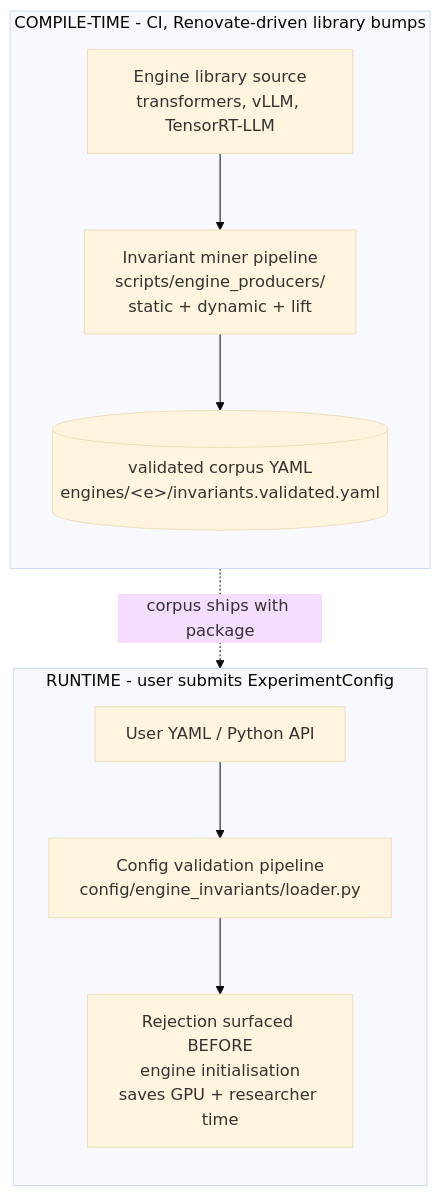
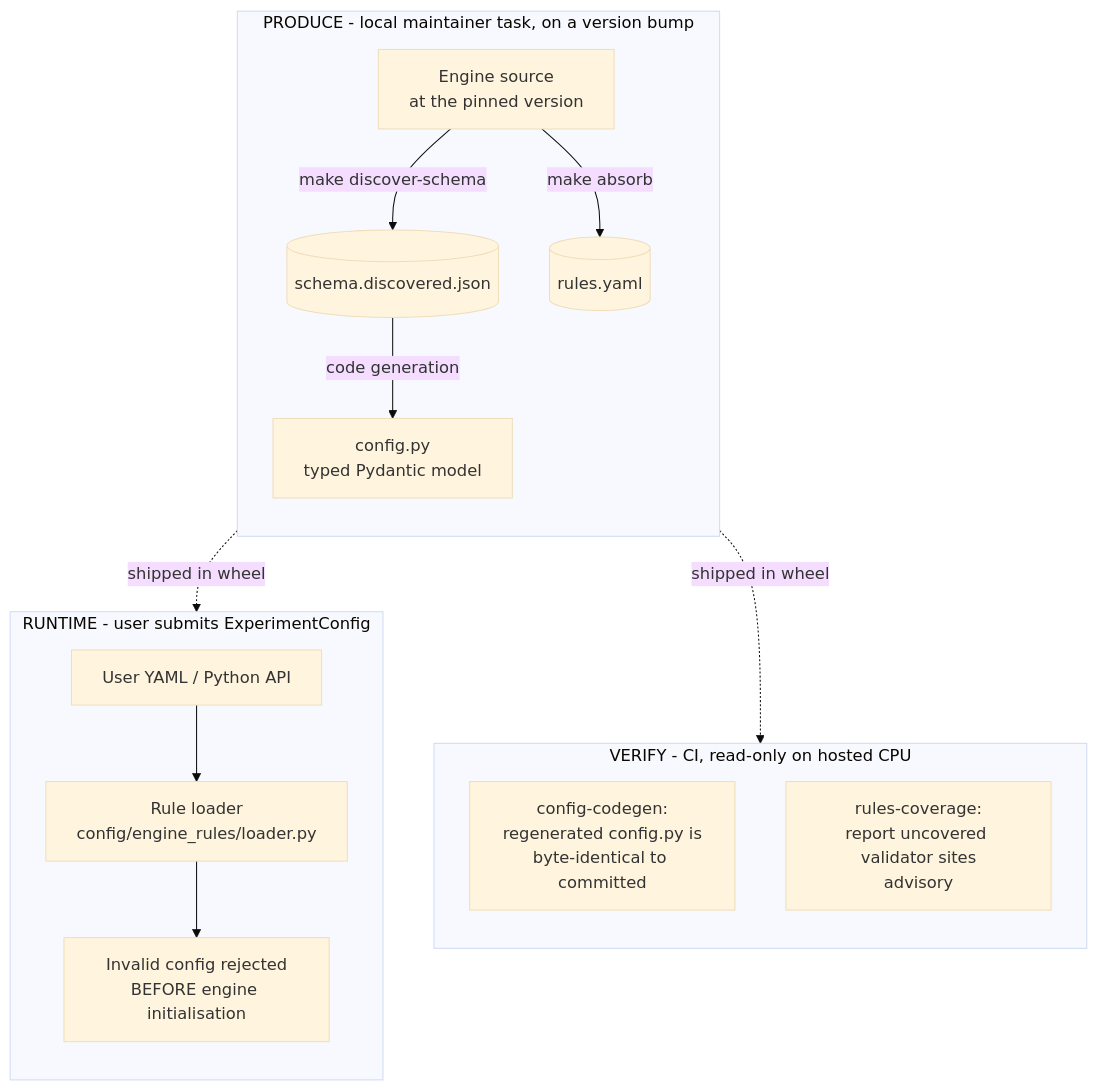
Before and after one commit to henrycgbaker/LLenergyMeasure: the first of 2 diagrams in docs/explanation/architecture/architecture-overview.md, drawn with Mermaid (base theme). The commit also changed other lines of this file and 23 other files, not shown here.

First line of the commit message:
docs: align documentation with byte-verification engine knowledge flow (#759)

````diff
--- a/docs/explanation/architecture/architecture-overview.md
+++ b/docs/explanation/architecture/architecture-overview.md
@@ -20,20 +25,30 @@
 ```mermaid
 flowchart TB
-    subgraph compile["COMPILE-TIME - CI, Renovate-driven library bumps"]
+    subgraph produce["PRODUCE - local maintainer task, on a version bump"]
         direction TB
-        src[Engine library source<br/>transformers, vLLM, TensorRT-LLM]
-        miner[Invariant miner pipeline<br/>scripts/engine_producers/<br/>static + dynamic + lift]
-        validated[(validated corpus YAML<br/>engines/&lt;e&gt;/invariants.validated.yaml)]
-        src --> miner --> validated
+        src[Engine source<br/>at the pinned version]
+        schema[(schema.discovered.json)]
+        rules[(rules.yaml)]
+        config[config.py<br/>typed Pydantic model]
+        src -->|make discover-schema| schema
+        src -->|make absorb| rules
+        schema -->|code generation| config
+    end
+
+    subgraph verify["VERIFY - CI, read-only on hosted CPU"]
+        direction TB
+        codegen[config-codegen:<br/>regenerated config.py is<br/>byte-identical to committed]
+        coverage[rules-coverage:<br/>report uncovered validator sites<br/>advisory]
     end
 
     subgraph runtime["RUNTIME - user submits ExperimentConfig"]
         direction TB
         user[User YAML / Python API]
-        loader[Config validation pipeline<br/>config/engine_invariants/loader.py]
-        rejected[Rejection surfaced BEFORE<br/>engine initialisation<br/>saves GPU + researcher time]
+        loader[Rule loader<br/>config/engine_rules/loader.py]
+        rejected[Invalid config rejected<br/>BEFORE engine initialisation]
         user --> loader --> rejected
     end
 
-    validated -. corpus ships with package .-> loader
+    schema -. shipped in wheel .-> codegen
+    rules -. shipped in wheel .-> loader
 ```
````
